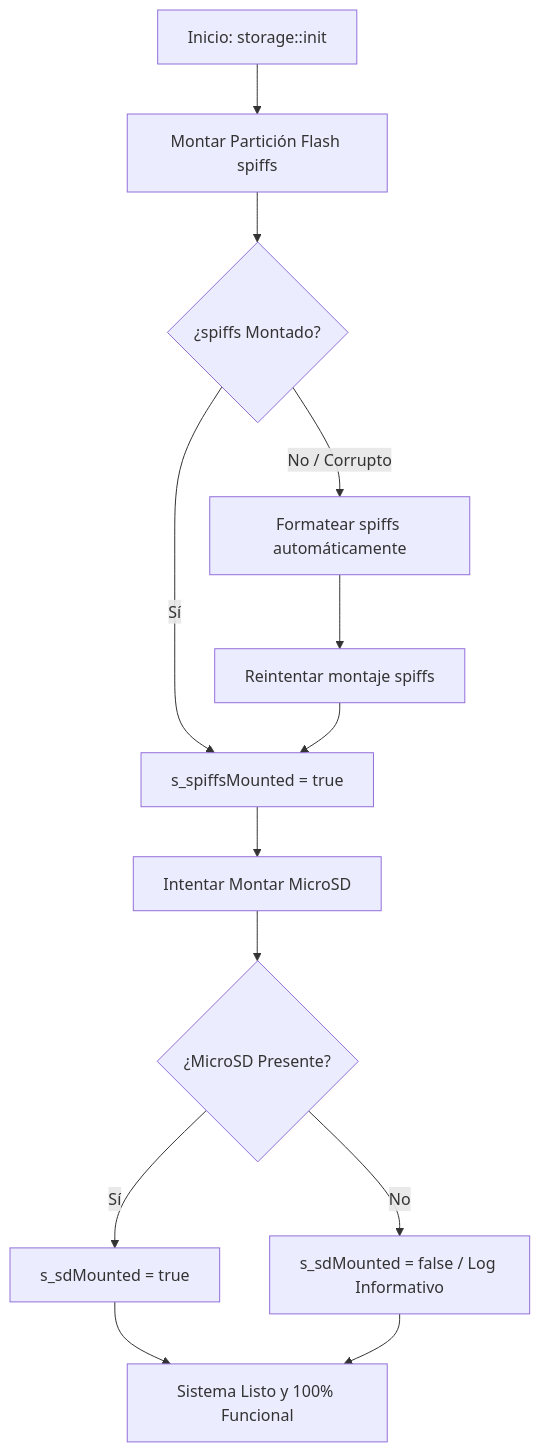
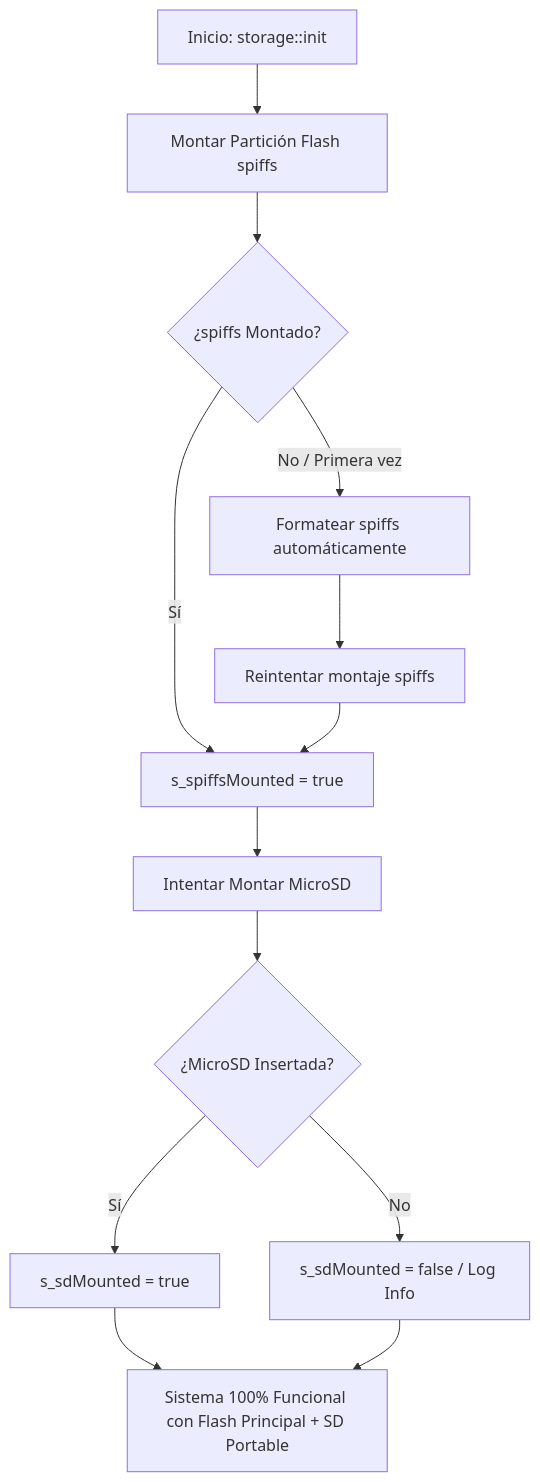
One commit to kaber420/CBDos changed the diagram in docs/especificacion_tecnica_almacenamiento_fase2_spiffs_msgpack.md. Above: the diagram before and after it, drawn with Mermaid. The commit also changed other lines of this file and 14 other files, not shown here.

````diff
--- a/docs/especificacion_tecnica_almacenamiento_fase2_spiffs_msgpack.md
+++ b/docs/especificacion_tecnica_almacenamiento_fase2_spiffs_msgpack.md
@@ -63,15 +66,15 @@
 ```mermaid
 graph TD
     A[Inicio: storage::init] --> B[Montar Partición Flash spiffs]
     B --> C{¿spiffs Montado?}
-    C -->|No / Corrupto| D[Formatear spiffs automáticamente]
+    C -->|No / Primera vez| D[Formatear spiffs automáticamente]
     D --> E[Reintentar montaje spiffs]
     C -->|Sí| F[s_spiffsMounted = true]
     E --> F
     F --> G[Intentar Montar MicroSD]
-    G --> H{¿MicroSD Presente?}
+    G --> H{¿MicroSD Insertada?}
     H -->|Sí| I[s_sdMounted = true]
-    H -->|No| J[s_sdMounted = false / Log Informativo]
-    I --> K[Sistema Listo y 100% Funcional]
+    H -->|No| J[s_sdMounted = false / Log Info]
+    I --> K[Sistema 100% Funcional con Flash Principal + SD Portable]
     J --> K
 ```
````
